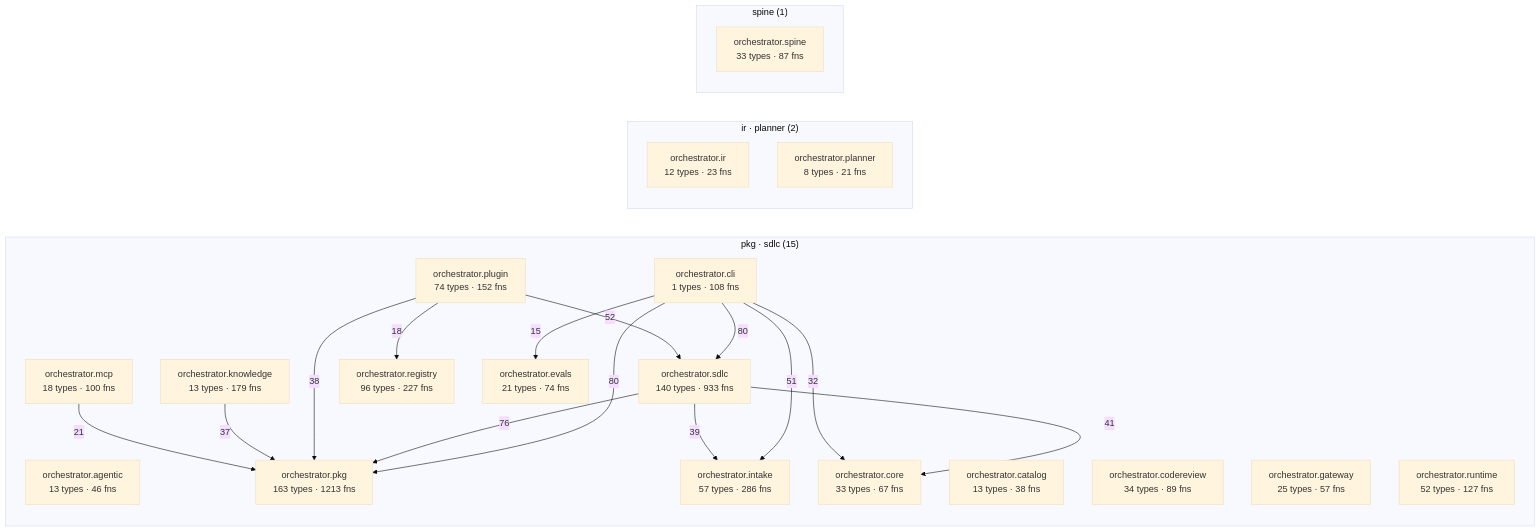
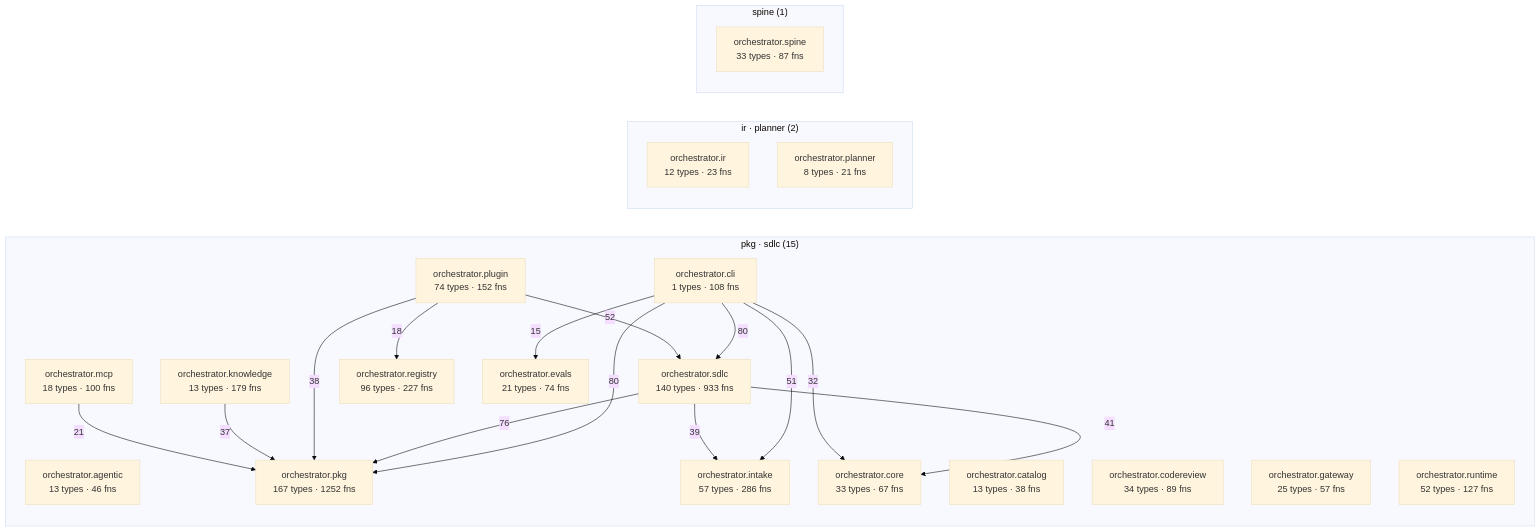
Before and after one commit to synaptixs/spine: the diagram in episteme/architecture.md, drawn with Mermaid (base theme). The commit also changed other lines of this file and 48 other files, not shown here.

````diff
--- a/episteme/architecture.md
+++ b/episteme/architecture.md
@@ -55,40 +55,40 @@
 ```mermaid
 flowchart LR
   subgraph c_2["pkg · sdlc (15)"]
     aorchestratoragentic["orchestrator.agentic<br/>13 types · 46 fns"]
     aorchestratorcatalog["orchestrator.catalog<br/>13 types · 38 fns"]
     aorchestratorcli["orchestrator.cli<br/>1 types · 108 fns"]
     aorchestratorcodereview["orchestrator.codereview<br/>34 types · 89 fns"]
     aorchestratorcore["orchestrator.core<br/>33 types · 67 fns"]
     aorchestratorevals["orchestrator.evals<br/>21 types · 74 fns"]
     aorchestratorgateway["orchestrator.gateway<br/>25 types · 57 fns"]
     aorchestratorintake["orchestrator.intake<br/>57 types · 286 fns"]
     aorchestratorknowledge["orchestrator.knowledge<br/>13 types · 179 fns"]
     aorchestratormcp["orchestrator.mcp<br/>18 types · 100 fns"]
-    aorchestratorpkg["orchestrator.pkg<br/>163 types · 1213 fns"]
+    aorchestratorpkg["orchestrator.pkg<br/>167 types · 1252 fns"]
     aorchestratorplugin["orchestrator.plugin<br/>74 types · 152 fns"]
     aorchestratorregistry["orchestrator.registry<br/>96 types · 227 fns"]
     aorchestratorruntime["orchestrator.runtime<br/>52 types · 127 fns"]
     aorchestratorsdlc["orchestrator.sdlc<br/>140 types · 933 fns"]
   end
   subgraph c_5["ir · planner (2)"]
     aorchestratorir["orchestrator.ir<br/>12 types · 23 fns"]
     aorchestratorplanner["orchestrator.planner<br/>8 types · 21 fns"]
   end
   subgraph c_10["spine (1)"]
     aorchestratorspine["orchestrator.spine<br/>33 types · 87 fns"]
   end
   aorchestratorcli -->|80| aorchestratorpkg
   aorchestratorcli -->|80| aorchestratorsdlc
   aorchestratorsdlc -->|76| aorchestratorpkg
   aorchestratorplugin -->|52| aorchestratorsdlc
   aorchestratorcli -->|51| aorchestratorintake
   aorchestratorsdlc -->|41| aorchestratorcore
   aorchestratorsdlc -->|39| aorchestratorintake
   aorchestratorplugin -->|38| aorchestratorpkg
   aorchestratorknowledge -->|37| aorchestratorpkg
   aorchestratorcli -->|32| aorchestratorcore
   aorchestratormcp -->|21| aorchestratorpkg
   aorchestratorplugin -->|18| aorchestratorregistry
   aorchestratorcli -->|15| aorchestratorevals
 ```
````
